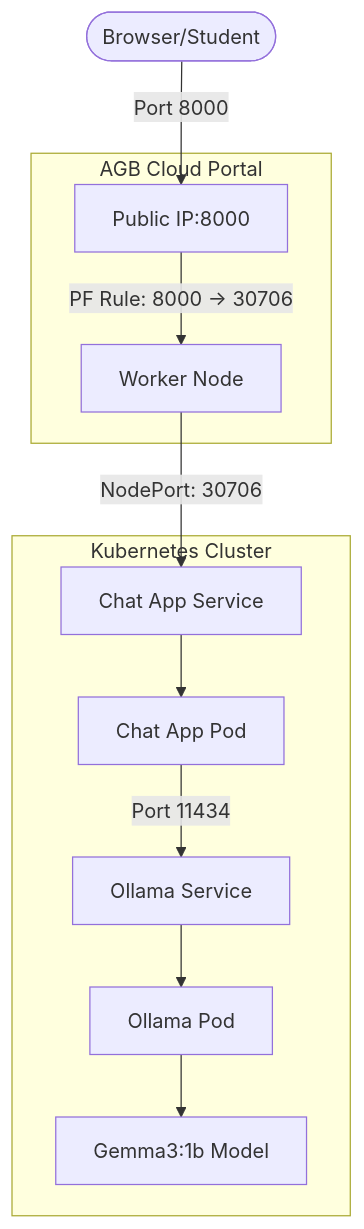
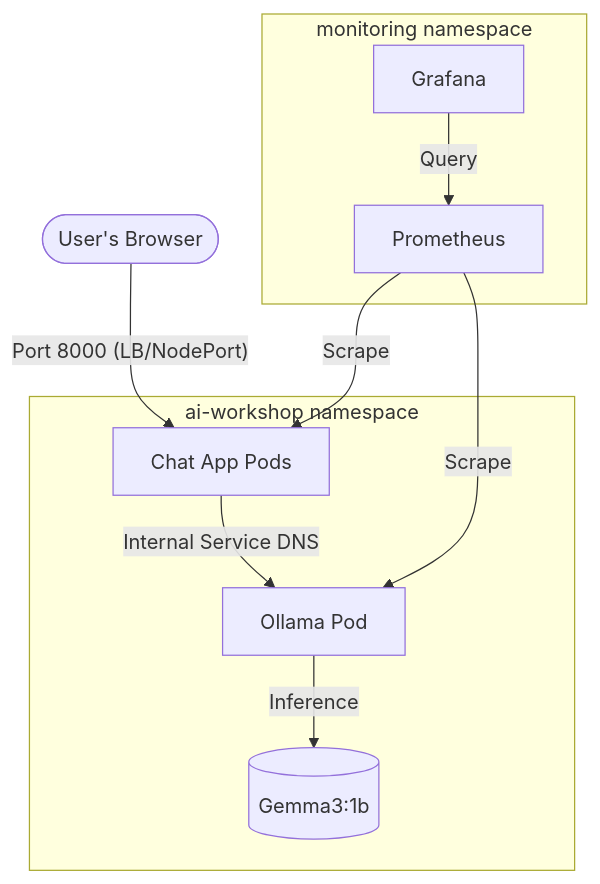
Before and after one commit to kaungmyatsoe/mmnogworkshop: the diagram in SLIDES.md, drawn with Mermaid. The commit also changed other lines of this file, not shown here.

Commit message:
Enhance slides with technical stack and architecture details

````diff
--- a/SLIDES.md
+++ b/SLIDES.md
@@ -26,14 +33,13 @@
 ```mermaid
 graph TD
-    User([Browser/Student]) -- "Port 8000" --> PublicIP[Public IP:8000]
-    subgraph AGB Cloud Portal
-        PublicIP -- "PF Rule: 8000 -> 30706" --> K8sNode
+    User([User's Browser]) -- "Port 8000 (LB/NodePort)" --> App[Chat App Pods]
+    subgraph "ai-workshop namespace"
+        App -- "Internal Service DNS" --> Ollama[Ollama Pod]
+        Ollama -- "Inference" --> Model[(Gemma3:1b)]
     end
-    subgraph Kubernetes Cluster
-        K8sNode[Worker Node] -- "NodePort: 30706" --> ChatSvc[Chat App Service]
-        ChatSvc --> ChatPod[Chat App Pod]
-        ChatPod -- "Port 11434" --> OllamaSvc[Ollama Service]
-        OllamaSvc --> OllamaPod[Ollama Pod]
-        OllamaPod --> Gemma[Gemma3:1b Model]
+    subgraph "monitoring namespace"
+        Prom[Prometheus] -- "Scrape" --> App
+        Prom -- "Scrape" --> Ollama
+        Grafana[Grafana] -- "Query" --> Prom
     end
 ```
````
